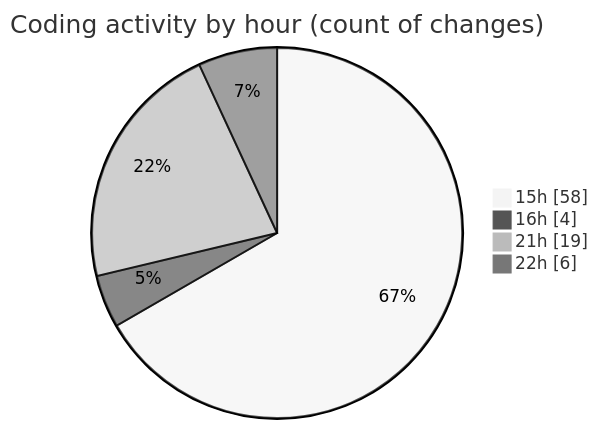
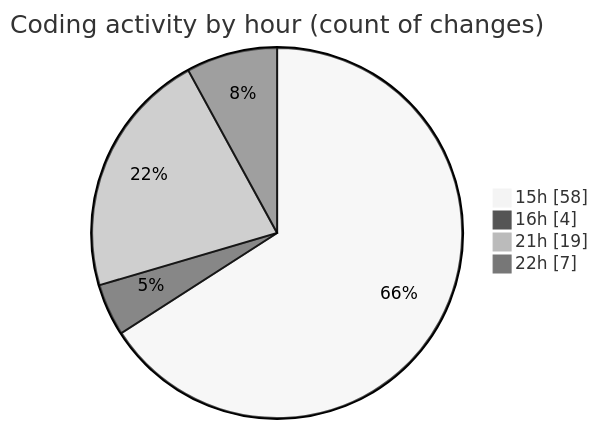
One commit to momahboobian/code-tracking changed the second of 2 diagrams in 2026-01-22/cda-web-components/README.md. Above: the diagram before and after it, drawn with Mermaid (neutral theme). The commit also changed other lines of this file and 1 other file, not shown here.

````diff
--- a/2026-01-22/cda-web-components/README.md
+++ b/2026-01-22/cda-web-components/README.md
@@ -71,8 +71,8 @@
 ```mermaid
 pie showData
 title Coding activity by hour (count of changes)
 "15h" : 58
 "16h" : 4
 "21h" : 19
-"22h" : 6
+"22h" : 7
 ```
````
